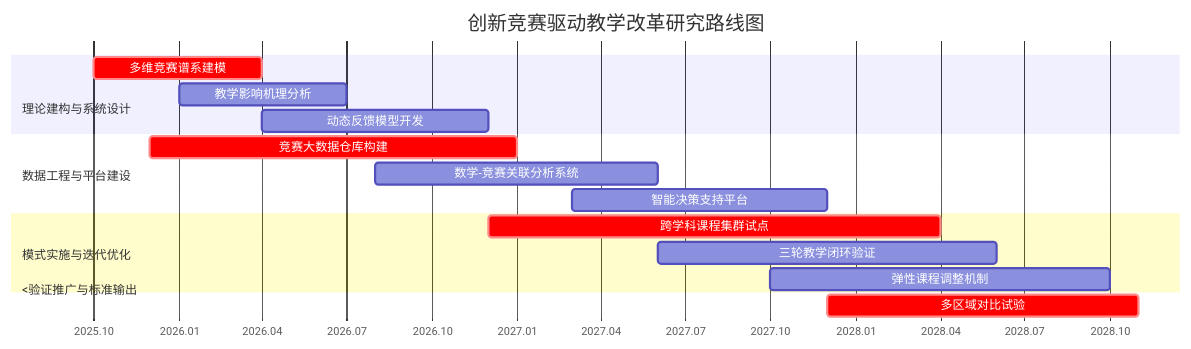
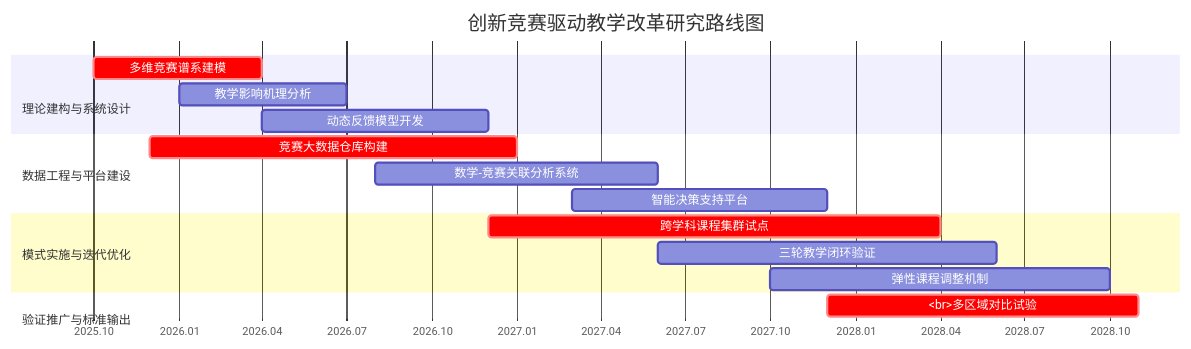
Before and after one commit to MC2001323/iodraw-files: the diagram in all/代码甘特图.md, drawn with Mermaid.

Commit message:
2025-04-08 21:19:38 update

````diff
--- a/all/代码甘特图.md
+++ b/all/代码甘特图.md
@@ -1,25 +1,25 @@
 ```mermaid
 gantt
     title 创新竞赛驱动教学改革研究路线图
     dateFormat  YYYY-MM
     axisFormat  %Y.%m
 
     section <br>理论建构与系统设计
     多维竞赛谱系建模        :crit, a1, 2025-10, 2026-04
     教学影响机理分析        :a2, 2026-01, 2026-07
     动态反馈模型开发        :a3, 2026-04, 2026-12
 
     section 数据工程与平台建设
     竞赛大数据仓库构建      :crit, b1, 2025-12, 2027-01
     数学-竞赛关联分析系统   :b2, 2026-08, 2027-06
     智能决策支持平台        :b3, 2027-03, 2027-12
 
     section 模式实施与迭代优化
     跨学科课程集群试点     :crit, c1, 2026-12, 2028-04
     三轮教学闭环验证       :c2, 2027-06, 2028-06
     弹性课程调整机制       :c3, 2027-10, 2028-10
     
-    section <验证推广与标准输出<br><br><br>
-    多区域对比试验         :crit, c4, 2027-12, 2028-11
+    section <br>验证推广与标准输出<br>
+    <br>多区域对比试验         :crit, c4, 2027-12, 2028-11
 
 ```
````
